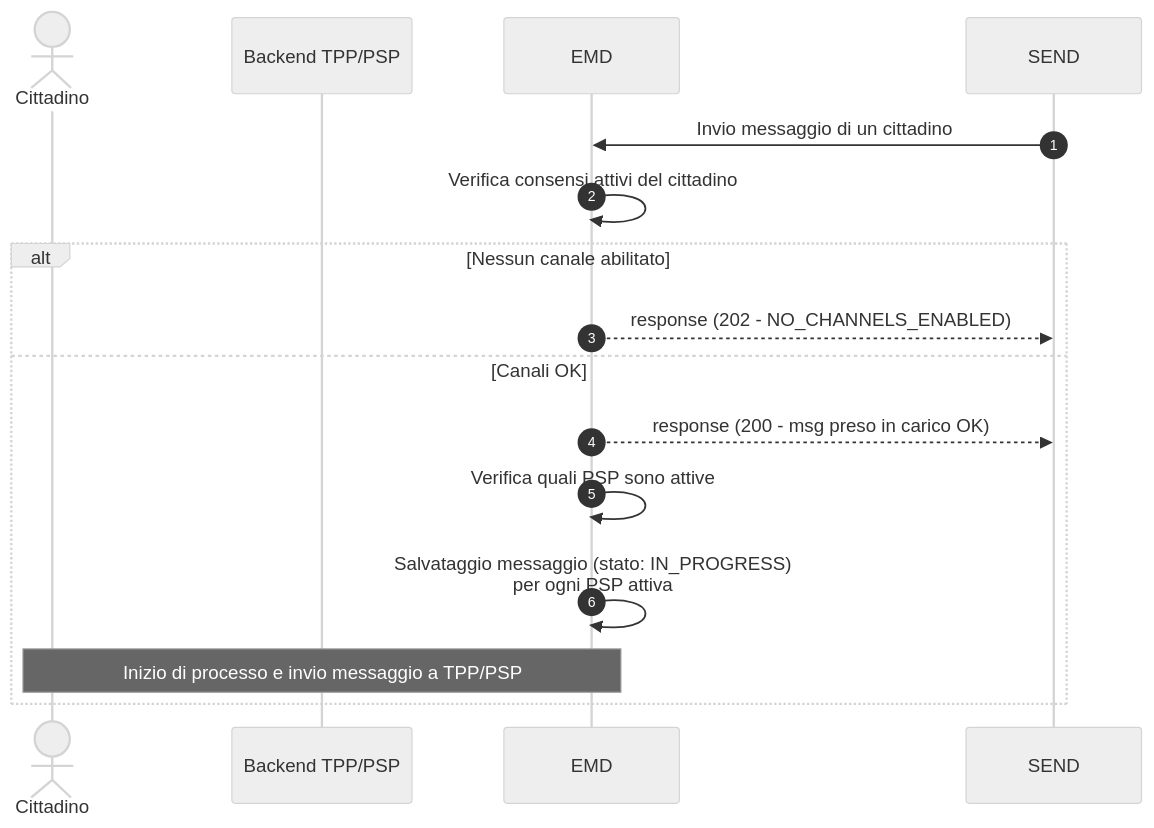
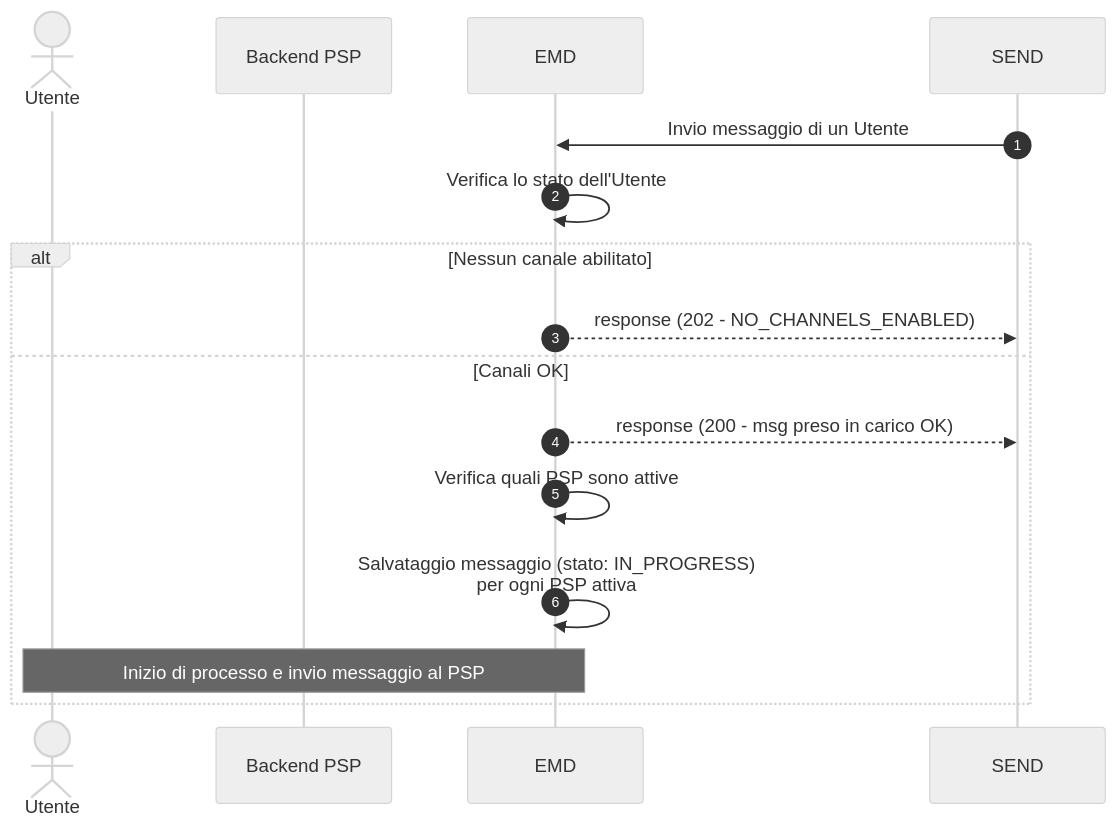
The diagram in docs/mdc/manuale-operativo/v1.0/tutorial-per-i-psp/04-ext-processo-receiving-msg-send.md (pagopa/devportal-docs), drawn with Mermaid (neutral theme) before and after one commit. The commit also changed other lines of this file and 41 other files, not shown here.

````diff
--- a/docs/mdc/manuale-operativo/v1.0/tutorial-per-i-psp/04-ext-processo-receiving-msg-send.md
+++ b/docs/mdc/manuale-operativo/v1.0/tutorial-per-i-psp/04-ext-processo-receiving-msg-send.md
@@ -25,22 +18,22 @@
 ```mermaid
 sequenceDiagram
-    %%title Processo di Invio del Messaggio di Cortesia in modalità PUSH - TPP/PSP
+    %%title Processo di Invio del Messaggio di Cortesia al PSP
     autonumber
     
-    actor Cittadino
-    participant BE_TPP as Backend TPP/PSP
+    actor Utente
+    participant BE_TPP as Backend PSP
     participant EMD
     participant SEND
 
-    SEND->>EMD: Invio messaggio di un cittadino
-    EMD->>EMD: Verifica consensi attivi del cittadino
+    SEND->>EMD: Invio messaggio di un Utente
+    EMD->>EMD: Verifica lo stato dell'Utente
     
     alt Nessun canale abilitato
         EMD-->>SEND: response (202 - NO_CHANNELS_ENABLED)
     else Canali OK
         EMD-->>SEND: response (200 - msg preso in carico OK)
         EMD->>EMD: Verifica quali PSP sono attive
         EMD->>EMD: Salvataggio messaggio (stato: IN_PROGRESS) <br/>per ogni PSP attiva
-        Note over Cittadino,EMD: Inizio di processo e invio messaggio a TPP/PSP
+        Note over Utente,EMD: Inizio di processo e invio messaggio al PSP
     end
 ```
````
